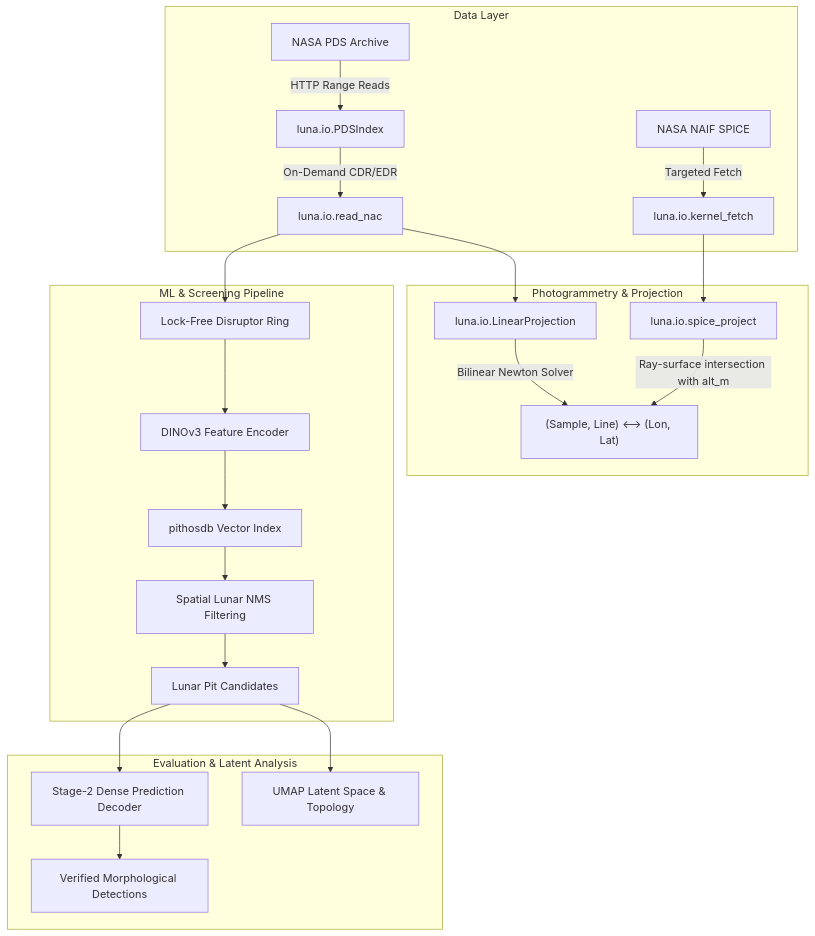
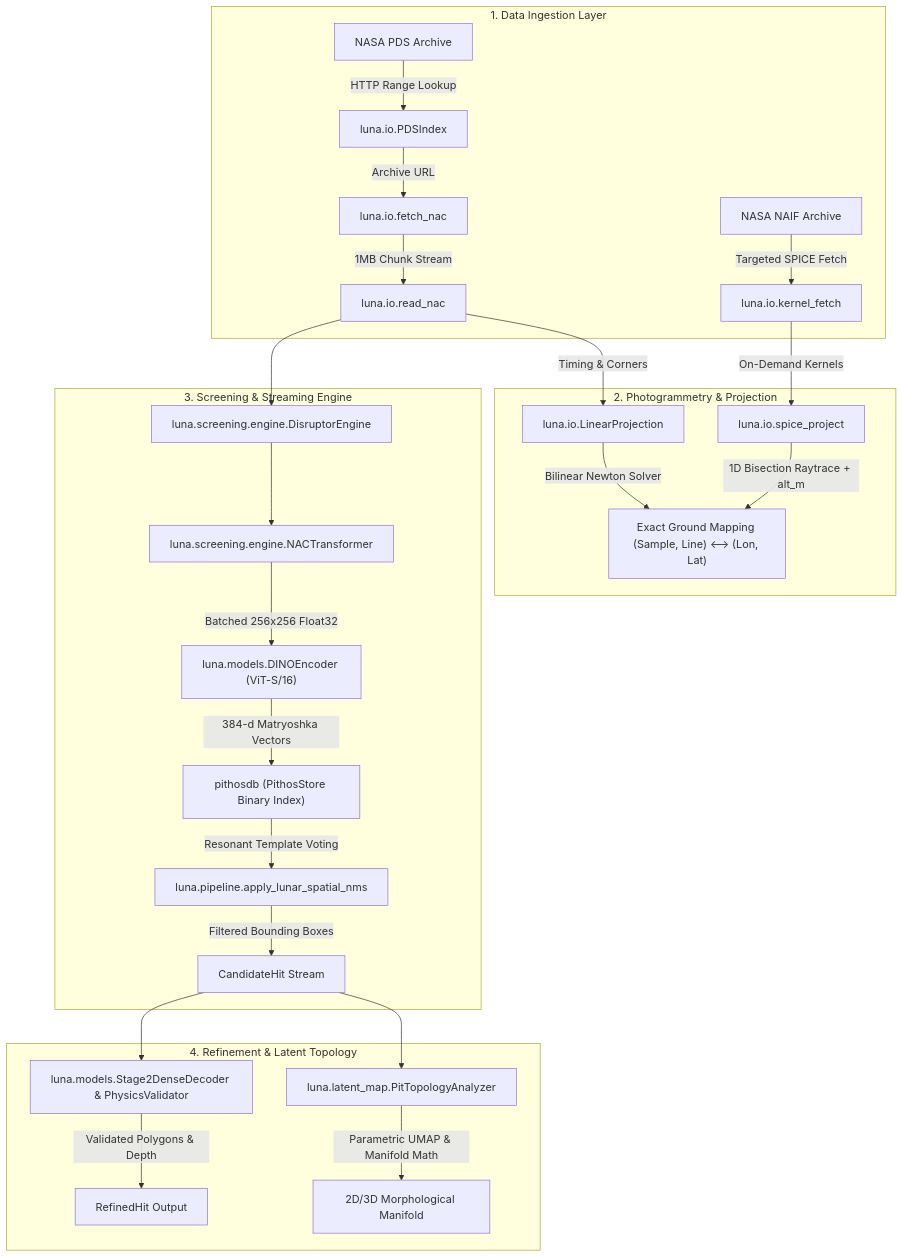
The diagram in docs/index.md (Quillstacks/luna), drawn with Mermaid before and after one commit. The commit also changed 1 other file, not shown here.

Commit message:
docs: align mermaid architecture diagrams with exact module names and dataflow types

````diff
--- a/docs/index.md
+++ b/docs/index.md
@@ -23,29 +23,32 @@
 ```mermaid
 flowchart TD
-    subgraph Data["Data Layer"]
-        PDS["NASA PDS Archive"] -->|HTTP Range Reads| PDSIndex["luna.io.PDSIndex"]
-        PDSIndex -->|On-Demand CDR/EDR| Reader["luna.io.read_nac"]
-        NAIF["NASA NAIF SPICE"] -->|Targeted Fetch| Kernels["luna.io.kernel_fetch"]
+    subgraph Data["1. Data Ingestion Layer"]
+        PDS["NASA PDS Archive"] -->|HTTP Range Lookup| PDSIndex["luna.io.PDSIndex"]
+        PDSIndex -->|Archive URL| Fetch["luna.io.fetch_nac"]
+        Fetch -->|1MB Chunk Stream| Reader["luna.io.read_nac"]
+        NAIF["NASA NAIF Archive"] -->|Targeted SPICE Fetch| Kernels["luna.io.kernel_fetch"]
     end
 
-    subgraph Photogrammetry["Photogrammetry & Projection"]
-        Kernels --> SPICE["luna.io.spice_project"]
-        Reader --> Proj["luna.io.LinearProjection"]
-        SPICE -->|Ray-surface intersection with alt_m| CoordMap["(Sample, Line) ⟷ (Lon, Lat)"]
+    subgraph Photogrammetry["2. Photogrammetry & Projection"]
+        Kernels -->|On-Demand Kernels| SPICE["luna.io.spice_project"]
+        Reader -->|Timing & Corners| Proj["luna.io.LinearProjection"]
+        SPICE -->|1D Bisection Raytrace + alt_m| CoordMap["Exact Ground Mapping (Sample, Line) ⟷ (Lon, Lat)"]
         Proj -->|Bilinear Newton Solver| CoordMap
     end
 
-    subgraph Pipeline["ML & Screening Pipeline"]
-        Reader --> RingBuffer["Lock-Free Disruptor Ring"]
-        RingBuffer --> DINO["DINOv3 Feature Encoder"]
-        DINO --> Pithos["pithosdb Vector Index"]
-        Pithos --> NMS["Spatial Lunar NMS Filtering"]
-        NMS --> Candidates["Lunar Pit Candidates"]
+    subgraph Pipeline["3. Screening & Streaming Engine"]
+        Reader --> RingBuffer["luna.screening.engine.DisruptorEngine"]
+        RingBuffer --> Transformer["luna.screening.engine.NACTransformer"]
+        Transformer -->|Batched 256x256 Float32| DINO["luna.models.DINOEncoder (ViT-S/16)"]
+        DINO -->|384-d Matryoshka Vectors| Pithos["pithosdb (PithosStore Binary Index)"]
+        Pithos -->|Resonant Template Voting| NMS["luna.pipeline.apply_lunar_spatial_nms"]
+        NMS -->|Filtered Bounding Boxes| Candidates["CandidateHit Stream"]
     end
 
-    subgraph Evaluation["Evaluation & Latent Analysis"]
-        Candidates --> Stage2["Stage-2 Dense Prediction Decoder"]
-        Candidates --> LatentMap["UMAP Latent Space & Topology"]
-        Stage2 --> VerifiedPits["Verified Morphological Detections"]
+    subgraph Evaluation["4. Refinement & Latent Topology"]
+        Candidates --> Stage2["luna.models.Stage2DenseDecoder & PhysicsValidator"]
+        Candidates --> LatentMap["luna.latent_map.PitTopologyAnalyzer"]
+        Stage2 -->|Validated Polygons & Depth| VerifiedPits["RefinedHit Output"]
+        LatentMap -->|Parametric UMAP & Manifold Math| ManifoldView["2D/3D Morphological Manifold"]
     end
 ```
````
